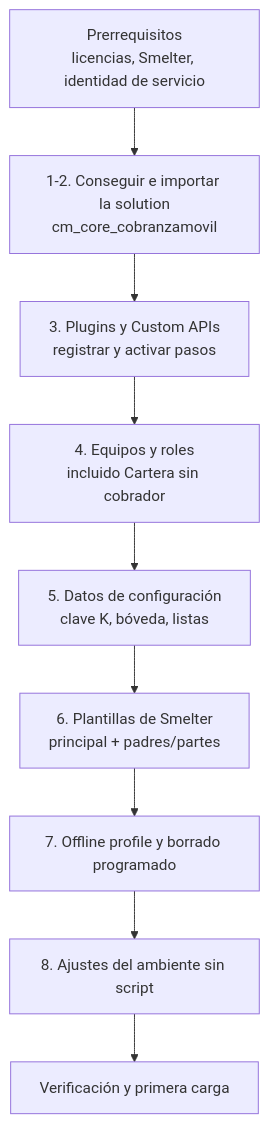
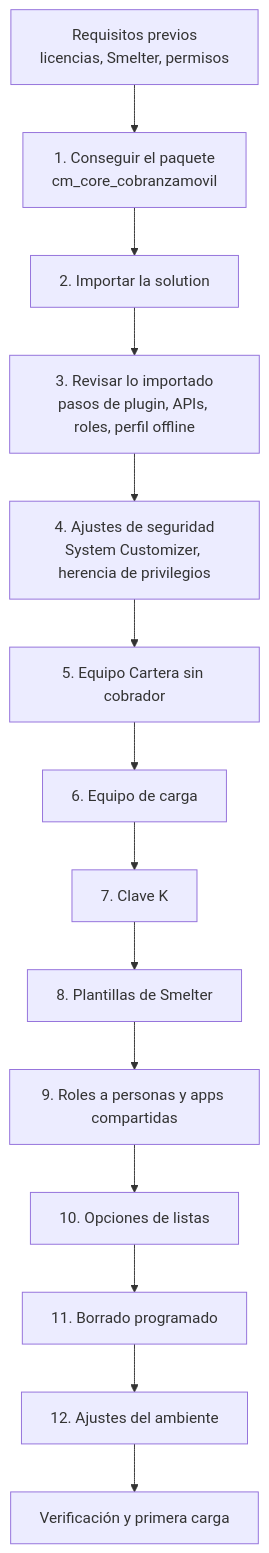
Before and after one commit to breaking-bytes-dev/cobranza-movil: the diagram in docs/tecnica/09-instalacion-y-despliegue.md, drawn with Mermaid. The commit also changed other lines of this file and 17 other files, not shown here.

````diff
--- a/docs/tecnica/09-instalacion-y-despliegue.md
+++ b/docs/tecnica/09-instalacion-y-despliegue.md
@@ -9,11 +14,16 @@
 ```mermaid
 flowchart TD
-    A["Prerrequisitos<br/>licencias, Smelter, identidad de servicio"] --> B["1-2. Conseguir e importar la solution<br/>cm_core_cobranzamovil"]
-    B --> C["3. Plugins y Custom APIs<br/>registrar y activar pasos"]
-    C --> D["4. Equipos y roles<br/>incluido Cartera sin cobrador"]
-    D --> E["5. Datos de configuración<br/>clave K, bóveda, listas"]
-    E --> F["6. Plantillas de Smelter<br/>principal + padres/partes"]
-    F --> G["7. Offline profile y borrado programado"]
-    G --> H["8. Ajustes del ambiente sin script"]
-    H --> I["Verificación y primera carga"]
+    A["Requisitos previos<br/>licencias, Smelter, permisos"] --> B["1. Conseguir el paquete<br/>cm_core_cobranzamovil"]
+    B --> C["2. Importar la solution"]
+    C --> D["3. Revisar lo importado<br/>pasos de plugin, APIs, roles, perfil offline"]
+    D --> E["4. Ajustes de seguridad<br/>System Customizer, herencia de privilegios"]
+    E --> F["5. Equipo Cartera sin cobrador"]
+    F --> G["6. Equipo de carga"]
+    G --> H["7. Clave K"]
+    H --> I["8. Plantillas de Smelter"]
+    I --> J["9. Roles a personas y apps compartidas"]
+    J --> K["10. Opciones de listas"]
+    K --> L["11. Borrado programado"]
+    L --> M["12. Ajustes del ambiente"]
+    M --> N["Verificación y primera carga"]
 ```
````
